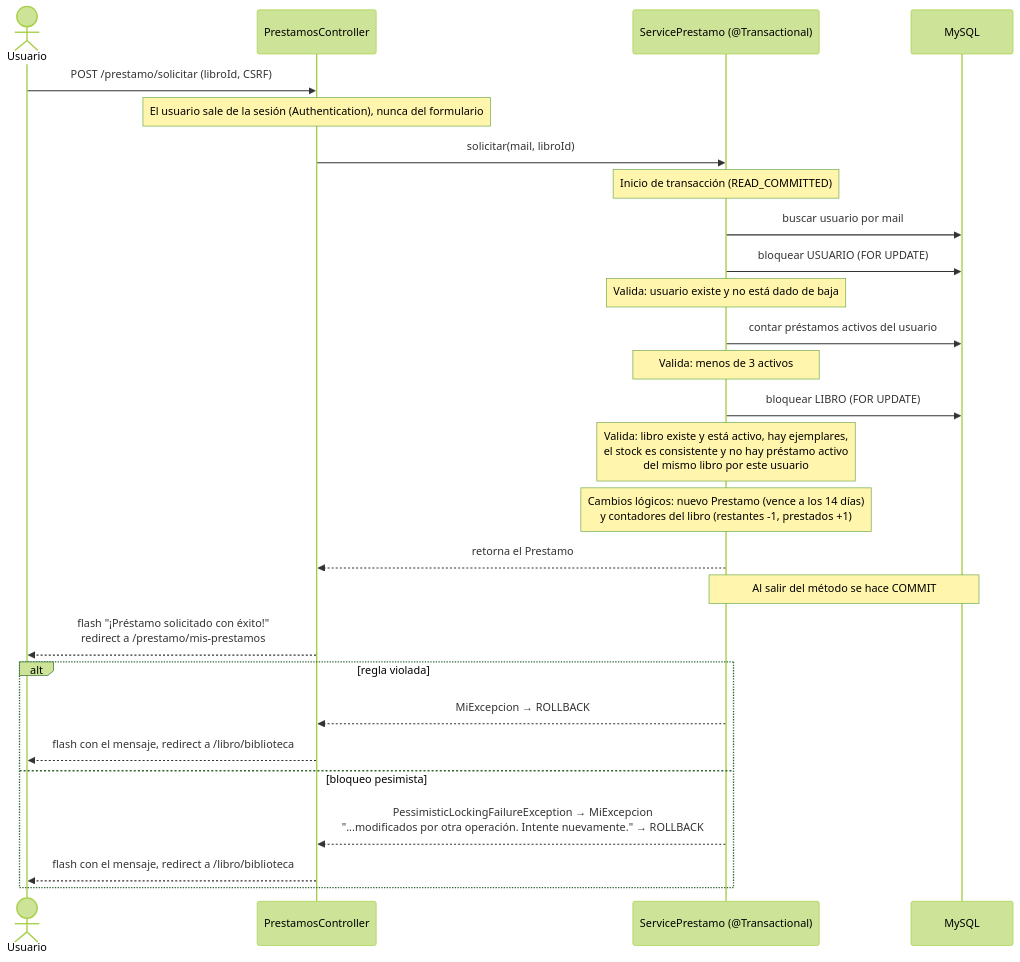
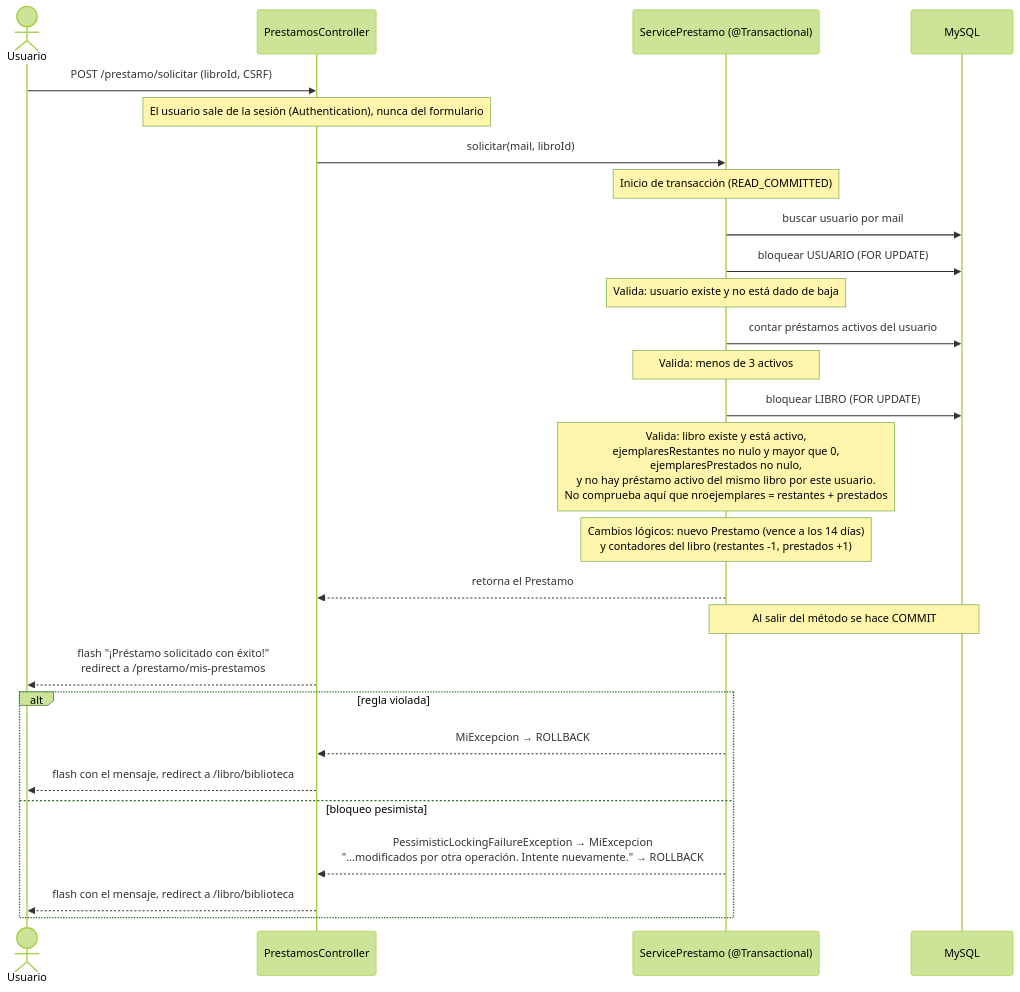
Before and after one commit to lautaropavez/el-ceibo: the third of 5 diagrams in docs/diagramas.md, drawn with Mermaid (forest theme). The commit also changed other lines of this file and 3 other files, not shown here.

````diff
--- a/docs/diagramas.md
+++ b/docs/diagramas.md
@@ -103,30 +103,30 @@
 ```mermaid
 sequenceDiagram
     actor U as Usuario
     participant C as PrestamosController
     participant S as ServicePrestamo (@Transactional)
     participant DB as MySQL
 
     U->>C: POST /prestamo/solicitar (libroId, CSRF)
     Note over C: El usuario sale de la sesión (Authentication), nunca del formulario
     C->>S: solicitar(mail, libroId)
     Note over S: Inicio de transacción (READ_COMMITTED)
     S->>DB: buscar usuario por mail
     S->>DB: bloquear USUARIO (FOR UPDATE)
     Note over S: Valida: usuario existe y no está dado de baja
     S->>DB: contar préstamos activos del usuario
     Note over S: Valida: menos de 3 activos
     S->>DB: bloquear LIBRO (FOR UPDATE)
-    Note over S: Valida: libro existe y está activo, hay ejemplares,<br/>el stock es consistente y no hay préstamo activo<br/>del mismo libro por este usuario
+    Note over S: Valida: libro existe y está activo,<br/>ejemplaresRestantes no nulo y mayor que 0,<br/>ejemplaresPrestados no nulo,<br/>y no hay préstamo activo del mismo libro por este usuario.<br/>No comprueba aquí que nroejemplares = restantes + prestados
     Note over S: Cambios lógicos: nuevo Prestamo (vence a los 14 días)<br/>y contadores del libro (restantes -1, prestados +1)
     S-->>C: retorna el Prestamo
     Note over S,DB: Al salir del método se hace COMMIT
     C-->>U: flash "¡Préstamo solicitado con éxito!"<br/>redirect a /prestamo/mis-prestamos
     alt regla violada
         S-->>C: MiExcepcion → ROLLBACK
         C-->>U: flash con el mensaje, redirect a /libro/biblioteca
     else bloqueo pesimista
         S-->>C: PessimisticLockingFailureException → MiExcepcion<br/>"...modificados por otra operación. Intente nuevamente." → ROLLBACK
         C-->>U: flash con el mensaje, redirect a /libro/biblioteca
     end
 ```
````
